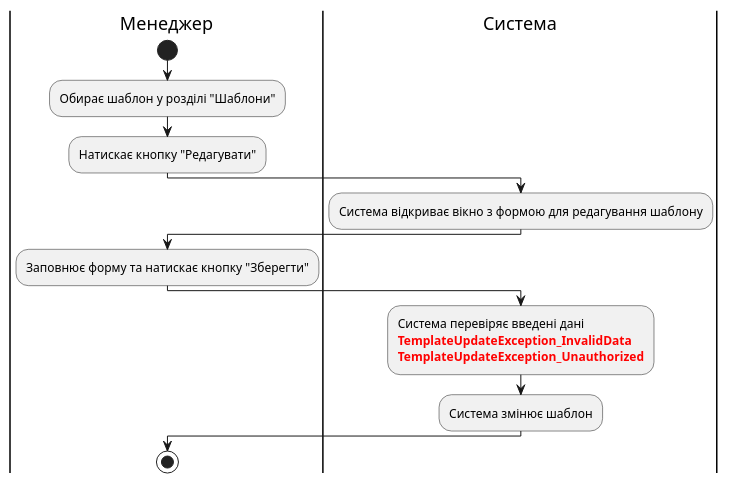
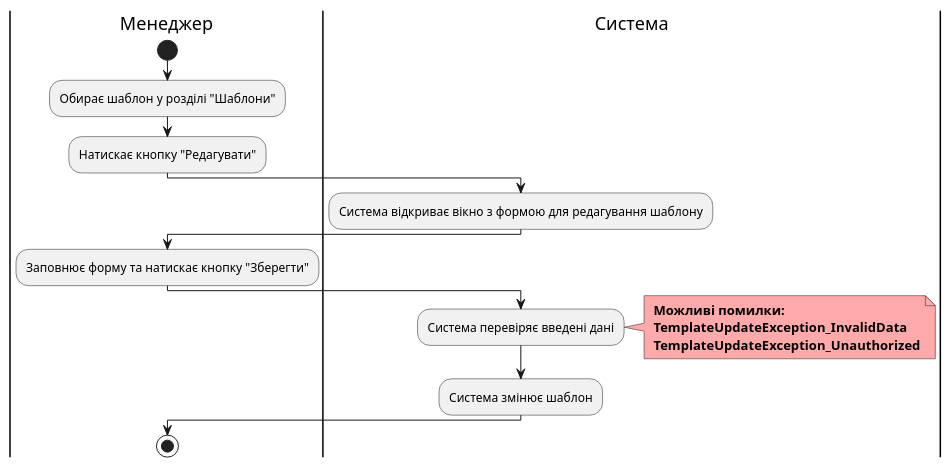
One commit to vlad13242/TaskForge changed diagram 17 of 21 in docs/use cases/README.md. Above: the diagram before and after it, drawn with PlantUML. The commit also changed other lines of this file and 1 other file, not shown here.

Commit message:
shenge all diagram errors

```diff
--- a/docs/use cases/README.md
+++ b/docs/use cases/README.md
@@ -965,23 +1002,26 @@
 @startuml
 
     |Менеджер|
     start;
     :Обирає шаблон у розділі "Шаблони";
     :Натискає кнопку "Редагувати";
     
     |Система|
     :Система відкриває вікно з формою для редагування шаблону;
     
     |Менеджер|
     :Заповнює форму та натискає кнопку "Зберегти";
     
     |Система|
-    :Система перевіряє введені дані
-    <font color="red">**TemplateUpdateException_InvalidData**
-    <font color="red">**TemplateUpdateException_Unauthorized**;
+    :Система перевіряє введені дані;
+    note right #ffaaaa
+    <b> Можливі помилки:
+    <b> TemplateUpdateException_InvalidData
+    <b> TemplateUpdateException_Unauthorized
+    end note
     :Система змінює шаблон;
 
     |Менеджер|
     stop;
 
 @enduml
```
